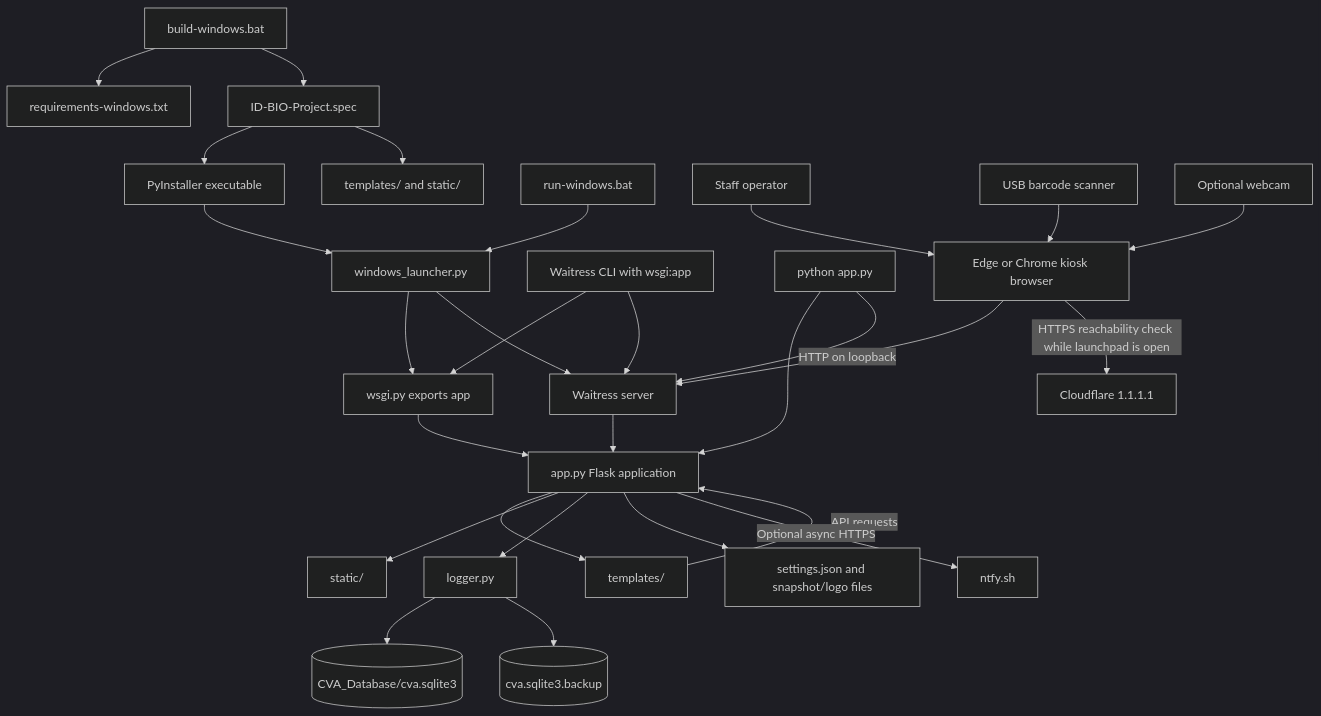
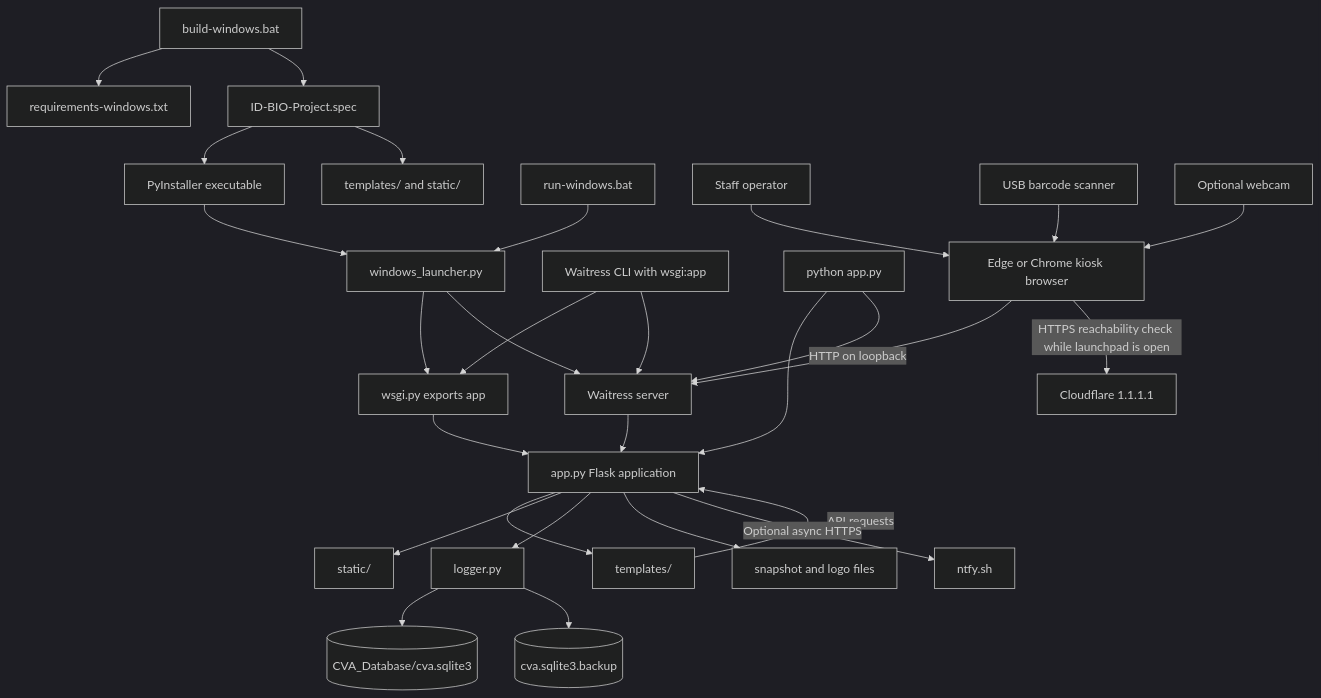
One commit to CVAFPI/ID-BIO-Project changed the first of 2 diagrams in ARCHITECTURE.md. Above: the diagram before and after it, drawn with Mermaid (dark theme). The commit also changed other lines of this file and 24 other files, not shown here.

````diff
--- a/ARCHITECTURE.md
+++ b/ARCHITECTURE.md
@@ -13,30 +13,30 @@
 ```mermaid
 flowchart TD
     Build[build-windows.bat] --> Requirements[requirements-windows.txt]
     Build --> Spec[ID-BIO-Project.spec]
     Spec --> Bundle[PyInstaller executable]
     Spec --> Resources[templates/ and static/]
     Bundle --> Launcher[windows_launcher.py]
     Run[run-windows.bat] --> Launcher
     Launcher --> WSGI[wsgi.py exports app]
     Cli[Waitress CLI with wsgi:app] --> WSGI
     Direct[python app.py] --> App[app.py Flask application]
     WSGI --> App
     Launcher --> Waitress[Waitress server]
     Cli --> Waitress
     Direct --> Waitress
     Operator[Staff operator] --> Browser[Edge or Chrome kiosk browser]
     Scanner[USB barcode scanner] --> Browser
     Camera[Optional webcam] --> Browser
     Browser -->|HTTP on loopback| Waitress
     Waitress --> App
     App --> Pages[templates/]
     App --> Static[static/]
     Pages -->|API requests| App
     Browser -->|HTTPS reachability check while launchpad is open| Cloudflare[Cloudflare 1.1.1.1]
     App --> Logger[logger.py]
     Logger --> DB[(CVA_Database/cva.sqlite3)]
     Logger --> Backup[(cva.sqlite3.backup)]
-    App --> RuntimeFiles[settings.json and snapshot/logo files]
+    App --> RuntimeFiles[snapshot and logo files]
     App -->|Optional async HTTPS| NTFY[ntfy.sh]
 ```
````
